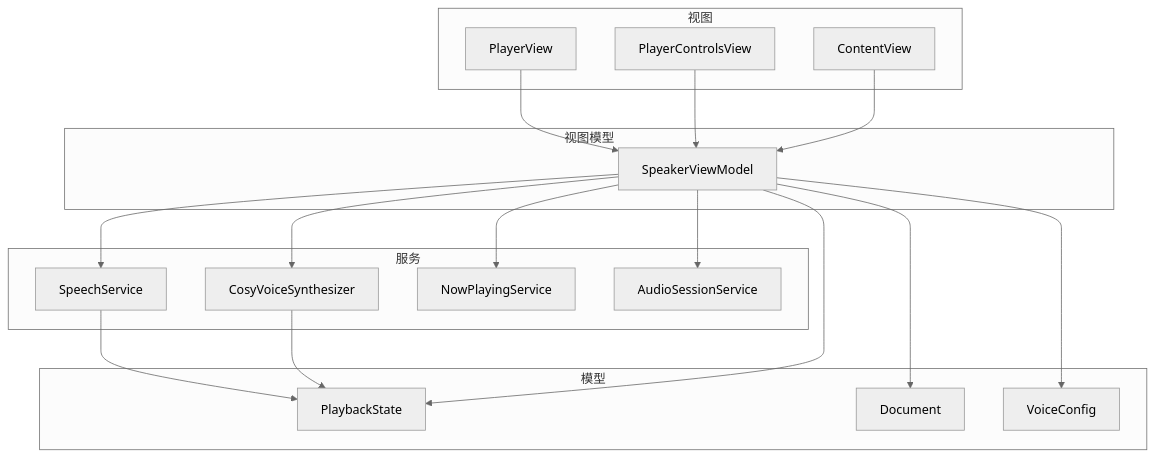
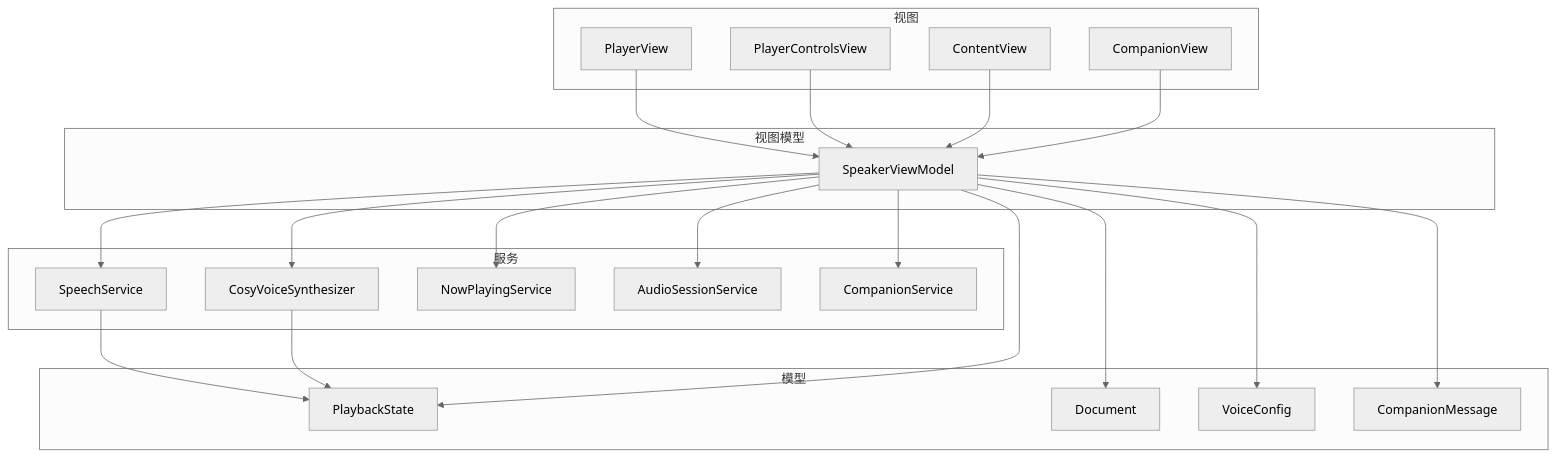
Before and after one commit to Primoguo/Knowledge: the first of 11 diagrams in .qoder/repowiki/zh/content/架构设计/状态管理.md, drawn with Mermaid (neutral theme). The commit also changed other lines of this file and 32 other files, not shown here.

````diff
--- a/.qoder/repowiki/zh/content/架构设计/状态管理.md
+++ b/.qoder/repowiki/zh/content/架构设计/状态管理.md
@@ -40,34 +50,40 @@
 ```mermaid
 graph TB
 subgraph "模型"
 PS["PlaybackState"]
 DOC["Document"]
 VC["VoiceConfig"]
+CM["CompanionMessage"]
 end
 subgraph "服务"
 SP["SpeechService"]
 CV["CosyVoiceSynthesizer"]
 NPS["NowPlayingService"]
 ASS["AudioSessionService"]
+CS["CompanionService"]
 end
 subgraph "视图模型"
 VM["SpeakerViewModel"]
 end
 subgraph "视图"
 PV["PlayerView"]
 PCV["PlayerControlsView"]
 CVW["ContentView"]
+CBV["CompanionView"]
 end
 VM --> SP
 VM --> CV
 VM --> NPS
 VM --> ASS
+VM --> CS
 PV --> VM
 PCV --> VM
 CVW --> VM
+CBV --> VM
 SP --> PS
 CV --> PS
 VM --> PS
 VM --> DOC
 VM --> VC
+VM --> CM
 ```
````
